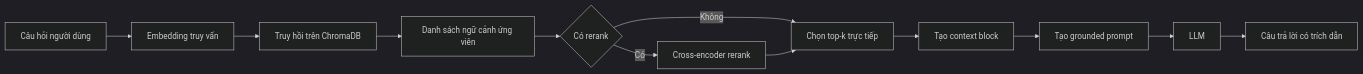
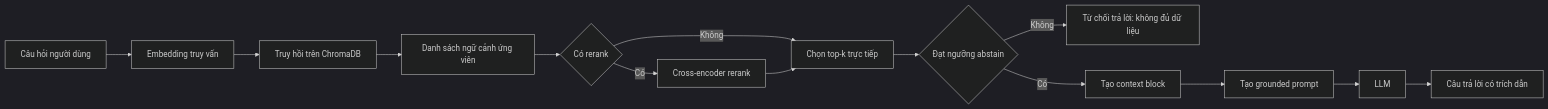
The diagram in docs/architecture.md (trhndan21/A20-nhom30-403-day08-rag), drawn with Mermaid (dark theme) before and after one commit. The commit also changed other lines of this file and 5 other files, not shown here.

````diff
--- a/docs/architecture.md
+++ b/docs/architecture.md
@@ -92,14 +94,16 @@
 ```mermaid
 graph LR
     A[Câu hỏi người dùng] --> B[Embedding truy vấn]
     B --> C[Truy hồi trên ChromaDB]
     C --> D[Danh sách ngữ cảnh ứng viên]
     D --> E{Có rerank}
     E -->|Có| F[Cross-encoder rerank]
     E -->|Không| G[Chọn top-k trực tiếp]
     F --> G
-    G --> H[Tạo context block]
-    H --> I[Tạo grounded prompt]
-    I --> J[LLM]
-    J --> K[Câu trả lời có trích dẫn]
+  G --> H{Đạt ngưỡng abstain}
+  H -->|Không| I[Từ chối trả lời: không đủ dữ liệu]
+  H -->|Có| J[Tạo context block]
+  J --> K[Tạo grounded prompt]
+  K --> L[LLM]
+  L --> M[Câu trả lời có trích dẫn]
 ```
````
